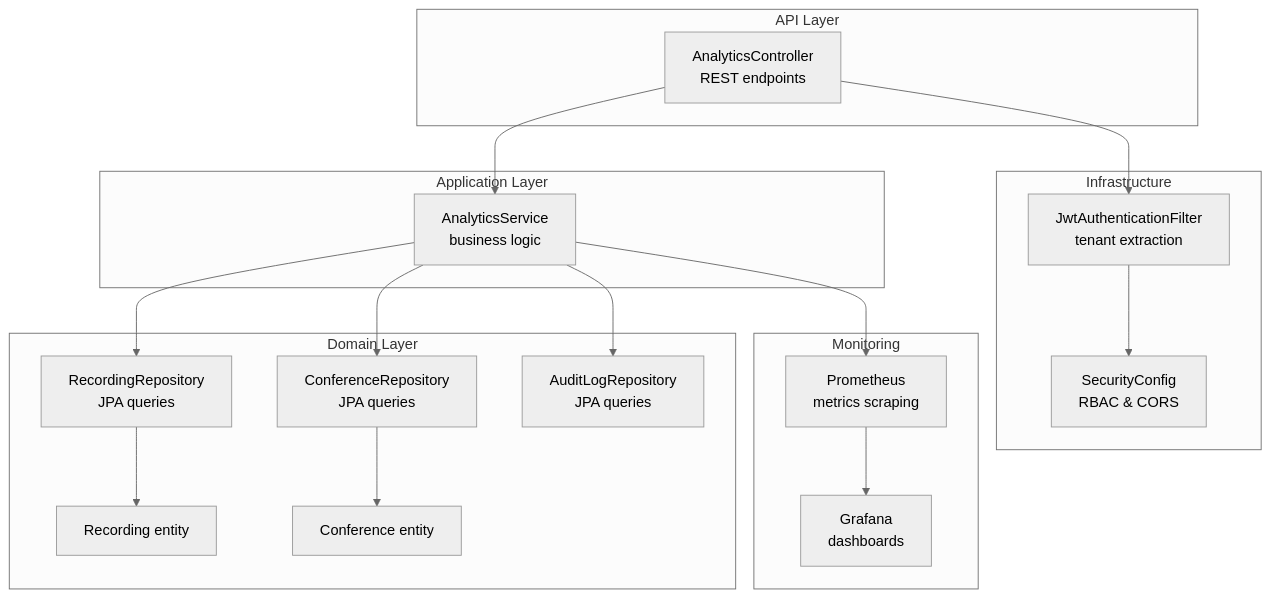
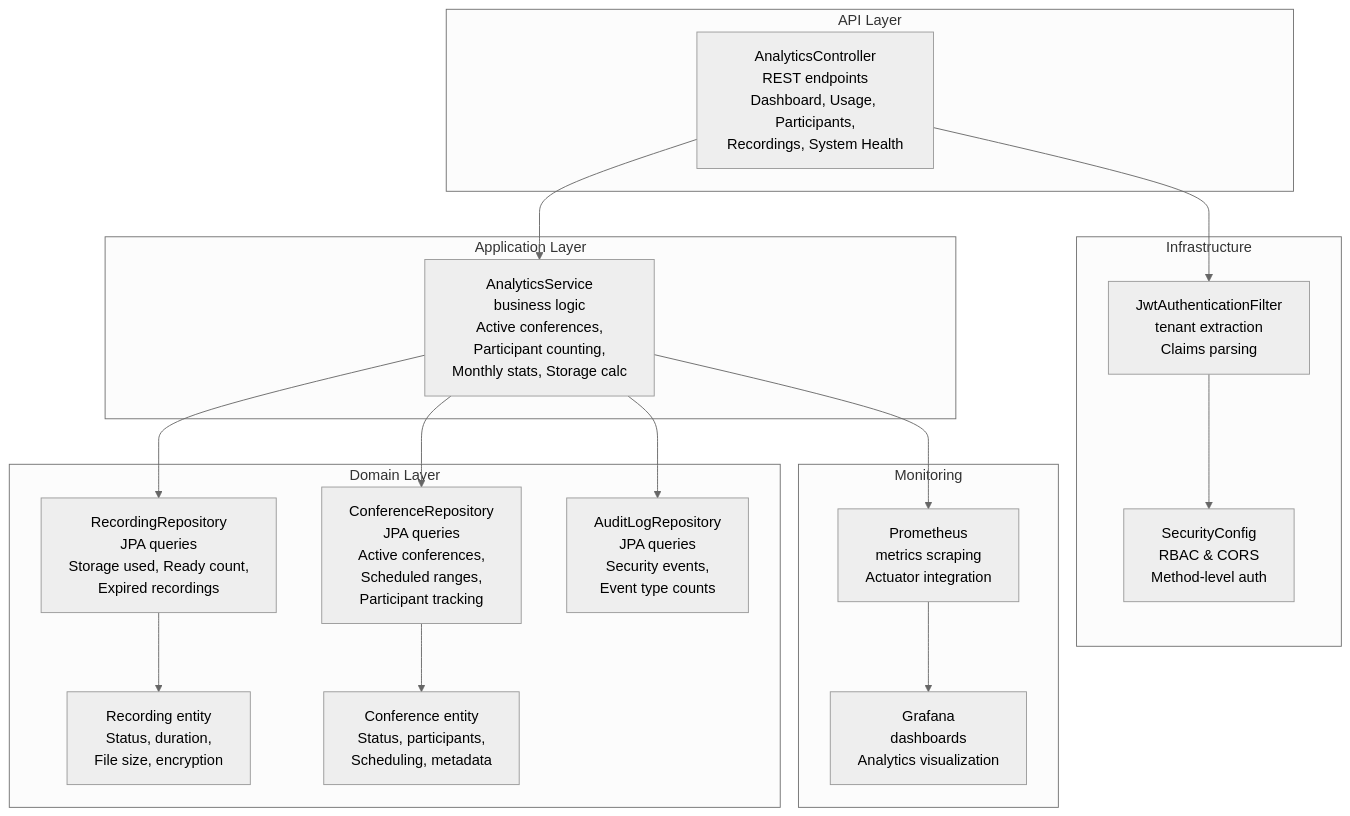
One commit to Vostrikov2014/vks-qoder changed the first of 3 diagrams in .qoder/repowiki/en/content/Backend Modules/API Layer/Analytics and Reporting Controller.md. Above: the diagram before and after it, drawn with Mermaid (neutral theme). The commit also changed other lines of this file and 5 other files, not shown here.

````diff
--- a/.qoder/repowiki/en/content/Backend Modules/API Layer/Analytics and Reporting Controller.md
+++ b/.qoder/repowiki/en/content/Backend Modules/API Layer/Analytics and Reporting Controller.md
@@ -40,34 +50,34 @@
 ```mermaid
 graph TB
 subgraph "API Layer"
-AC["AnalyticsController<br/>REST endpoints"]
+AC["AnalyticsController<br/>REST endpoints<br/>Dashboard, Usage, Participants,<br/>Recordings, System Health"]
 end
 subgraph "Application Layer"
-AS["AnalyticsService<br/>business logic"]
+AS["AnalyticsService<br/>business logic<br/>Active conferences,<br/>Participant counting,<br/>Monthly stats, Storage calc"]
 end
 subgraph "Domain Layer"
-RR["RecordingRepository<br/>JPA queries"]
-CR["ConferenceRepository<br/>JPA queries"]
-ALR["AuditLogRepository<br/>JPA queries"]
-REC["Recording entity"]
-CON["Conference entity"]
+RR["RecordingRepository<br/>JPA queries<br/>Storage used, Ready count,<br/>Expired recordings"]
+CR["ConferenceRepository<br/>JPA queries<br/>Active conferences,<br/>Scheduled ranges,<br/>Participant tracking"]
+ALR["AuditLogRepository<br/>JPA queries<br/>Security events,<br/>Event type counts"]
+REC["Recording entity<br/>Status, duration,<br/>File size, encryption"]
+CON["Conference entity<br/>Status, participants,<br/>Scheduling, metadata"]
 end
 subgraph "Infrastructure"
-JAF["JwtAuthenticationFilter<br/>tenant extraction"]
-SC["SecurityConfig<br/>RBAC & CORS"]
+JAF["JwtAuthenticationFilter<br/>tenant extraction<br/>Claims parsing"]
+SC["SecurityConfig<br/>RBAC & CORS<br/>Method-level auth"]
 end
 subgraph "Monitoring"
-PROM["Prometheus<br/>metrics scraping"]
-GRAF["Grafana<br/>dashboards"]
+PROM["Prometheus<br/>metrics scraping<br/>Actuator integration"]
+GRAF["Grafana<br/>dashboards<br/>Analytics visualization"]
 end
 AC --> AS
 AS --> RR
 AS --> CR
 AS --> ALR
 RR --> REC
 CR --> CON
 AC --> JAF
 JAF --> SC
 AS --> PROM
 PROM --> GRAF
 ```
````
